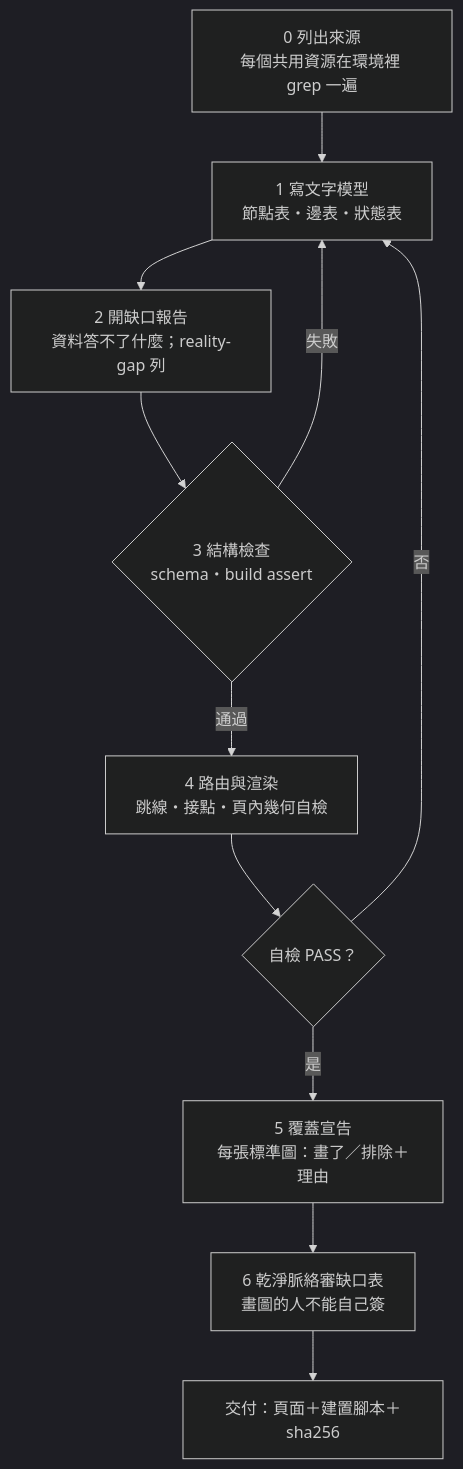
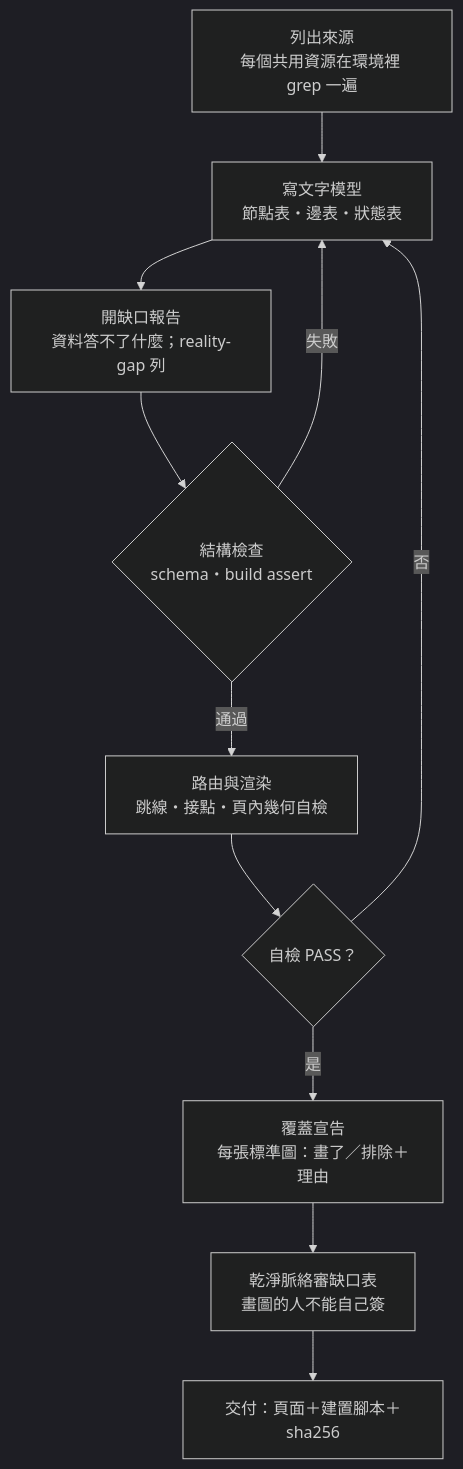
One commit to WizerdBaChe/diagram-audience-fit changed the second of 2 diagrams in docs/DEVELOPER.md. Above: the diagram before and after it, drawn with Mermaid (dark theme). The commit also changed other lines of this file and 7 other files, not shown here.

````diff
--- a/docs/DEVELOPER.md
+++ b/docs/DEVELOPER.md
@@ -78,13 +78,13 @@
 ```mermaid
 flowchart TB
-  A["0 列出來源<br/>每個共用資源在環境裡 grep 一遍"] --> B["1 寫文字模型<br/>節點表・邊表・狀態表"]
-  B --> C["2 開缺口報告<br/>資料答不了什麼；reality-gap 列"]
-  C --> D{"3 結構檢查<br/>schema・build assert"}
+  A["列出來源<br/>每個共用資源在環境裡 grep 一遍"] --> B["寫文字模型<br/>節點表・邊表・狀態表"]
+  B --> C["開缺口報告<br/>資料答不了什麼；reality-gap 列"]
+  C --> D{"結構檢查<br/>schema・build assert"}
   D -- 失敗 --> B
-  D -- 通過 --> E["4 路由與渲染<br/>跳線・接點・頁內幾何自檢"]
+  D -- 通過 --> E["路由與渲染<br/>跳線・接點・頁內幾何自檢"]
   E --> F{"自檢 PASS？"}
   F -- 否 --> B
-  F -- 是 --> G["5 覆蓋宣告<br/>每張標準圖：畫了／排除＋理由"]
-  G --> H["6 乾淨脈絡審缺口表<br/>畫圖的人不能自己簽"]
+  F -- 是 --> G["覆蓋宣告<br/>每張標準圖：畫了／排除＋理由"]
+  G --> H["乾淨脈絡審缺口表<br/>畫圖的人不能自己簽"]
   H --> I["交付：頁面＋建置腳本＋sha256"]
 ```
````
